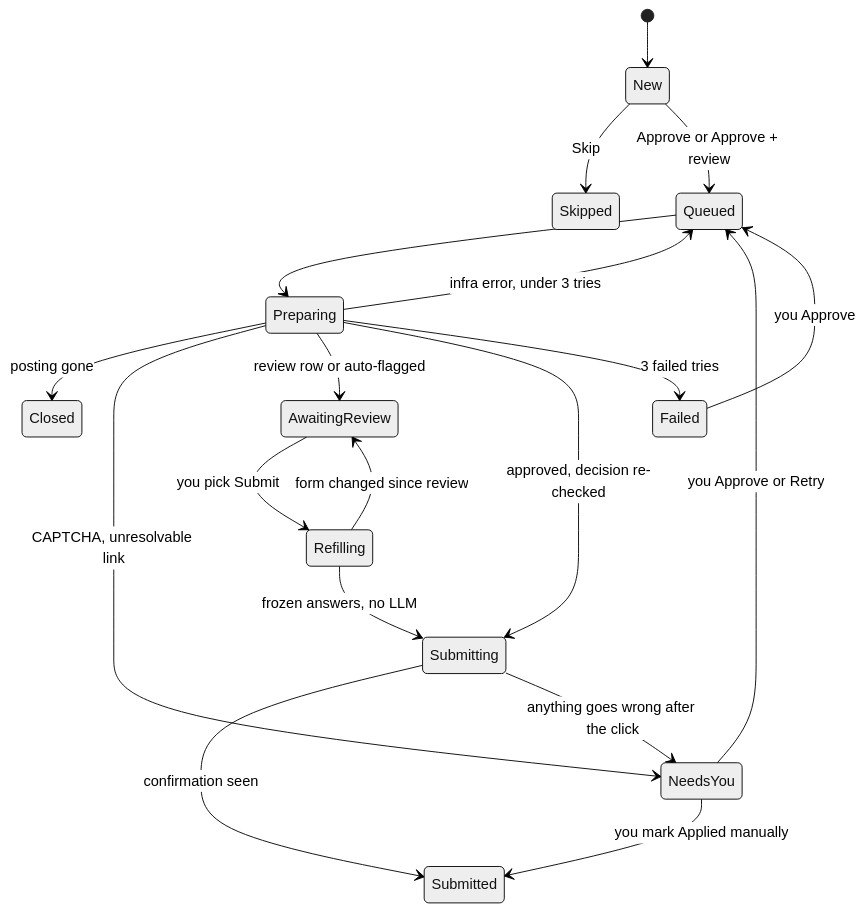
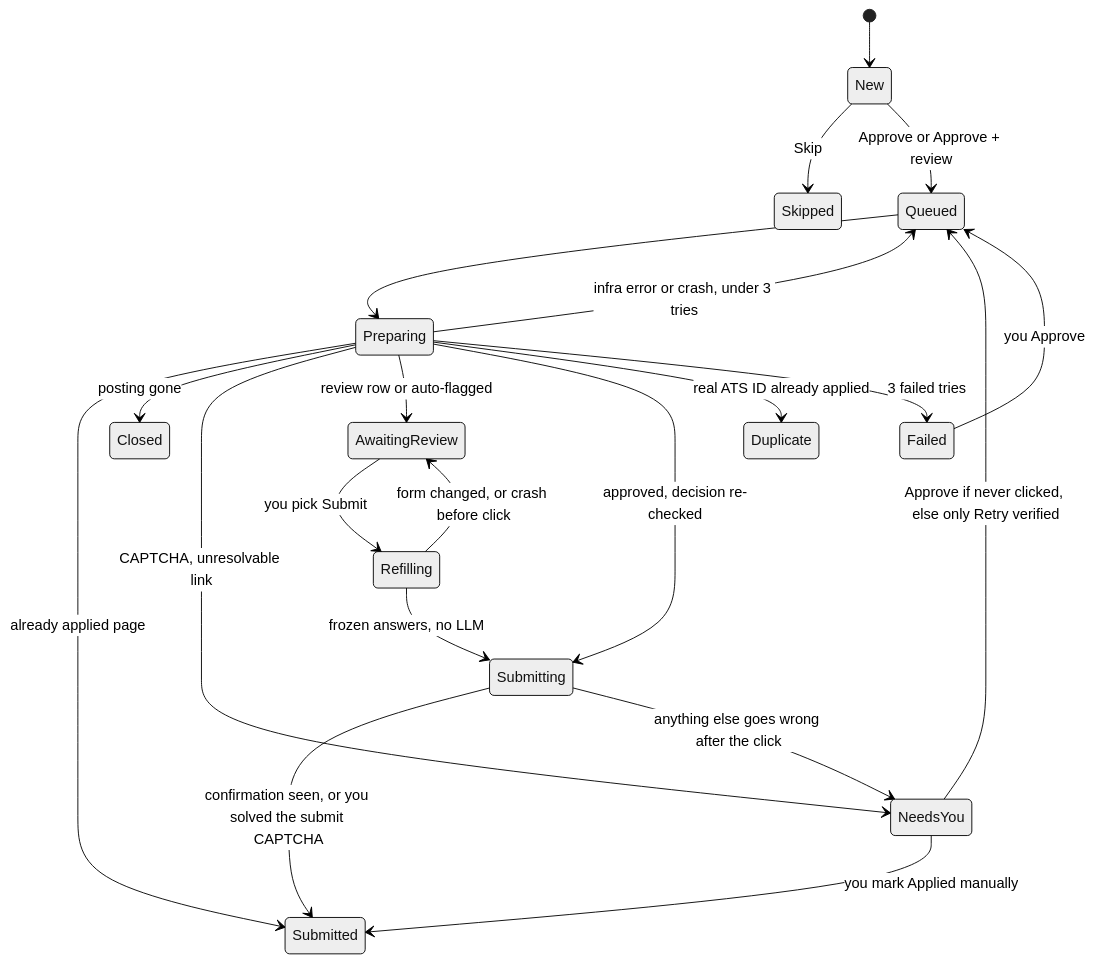
Before and after one commit to shariqanwar20/Job-Applier: the fifth of 7 diagrams in docs/architecture.md, drawn with Mermaid (neutral theme). The commit also changed other lines of this file and 1 other file, not shown here.

Commit message:
Apply final design review fixes (spec v5)

````diff
--- a/docs/architecture.md
+++ b/docs/architecture.md
@@ -121,21 +122,23 @@
 ```mermaid
 stateDiagram-v2
   [*] --> New
   New --> Skipped: Skip
   New --> Queued: Approve or Approve + review
   Queued --> Preparing
-  Preparing --> Queued: infra error, under 3 tries
+  Preparing --> Queued: infra error or crash, under 3 tries
+  Preparing --> Submitted: already applied page
   Preparing --> Closed: posting gone
   Preparing --> NeedsYou: CAPTCHA, unresolvable link
   Preparing --> AwaitingReview: review row or auto-flagged
   Preparing --> Submitting: approved, decision re-checked
   AwaitingReview --> Refilling: you pick Submit
-  Refilling --> AwaitingReview: form changed since review
+  Refilling --> AwaitingReview: form changed, or crash before click
   Refilling --> Submitting: frozen answers, no LLM
-  Submitting --> Submitted: confirmation seen
-  Submitting --> NeedsYou: anything goes wrong after the click
-  NeedsYou --> Queued: you Approve or Retry
+  Submitting --> Submitted: confirmation seen, or you solved the submit CAPTCHA
+  Submitting --> NeedsYou: anything else goes wrong after the click
+  NeedsYou --> Queued: Approve if never clicked, else only Retry verified
+  Preparing --> Duplicate: real ATS ID already applied
   NeedsYou --> Submitted: you mark Applied manually
   Preparing --> Failed: 3 failed tries
   Failed --> Queued: you Approve
 ```
````
